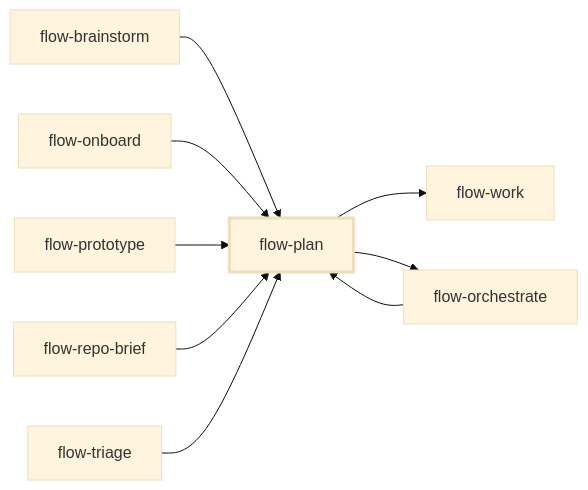
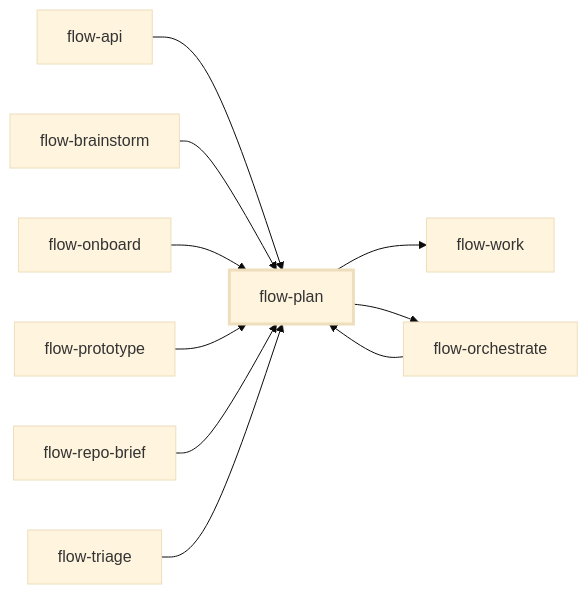
One commit to emiliodominguez/flow-skills changed the diagram in docs/skills/flow-plan.md. Above: the diagram before and after it, drawn with Mermaid (base theme). The commit also changed other lines of this file and 76 other files, not shown here.

First line of the commit message:
feat(skills): add flow-api, flow-observe and flow-write-skill; trigger-first descriptions

````diff
--- a/docs/skills/flow-plan.md
+++ b/docs/skills/flow-plan.md
@@ -9,21 +9,23 @@
 ```mermaid
 flowchart LR
   flow_plan["flow-plan"]
+  flow_api["flow-api"]
   flow_brainstorm["flow-brainstorm"]
   flow_onboard["flow-onboard"]
   flow_orchestrate["flow-orchestrate"]
   flow_prototype["flow-prototype"]
   flow_repo_brief["flow-repo-brief"]
   flow_triage["flow-triage"]
   flow_work["flow-work"]
+  flow_api --> flow_plan
   flow_brainstorm --> flow_plan
   flow_onboard --> flow_plan
   flow_orchestrate --> flow_plan
   flow_prototype --> flow_plan
   flow_repo_brief --> flow_plan
   flow_triage --> flow_plan
   flow_plan --> flow_work
   flow_plan --> flow_orchestrate
   classDef focus stroke-width:3px
   class flow_plan focus
 ```
````
